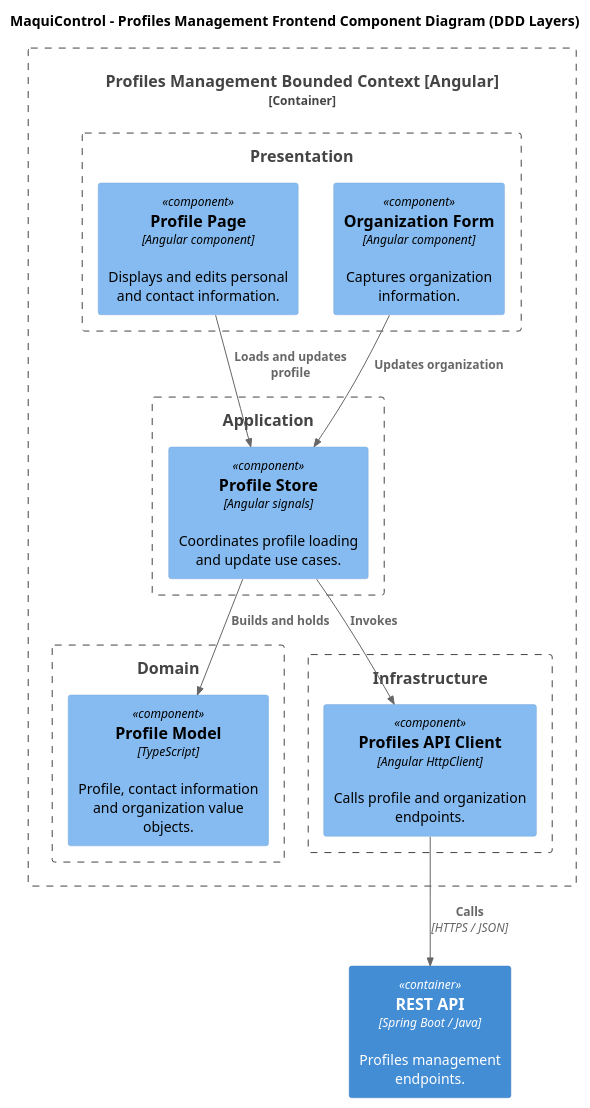
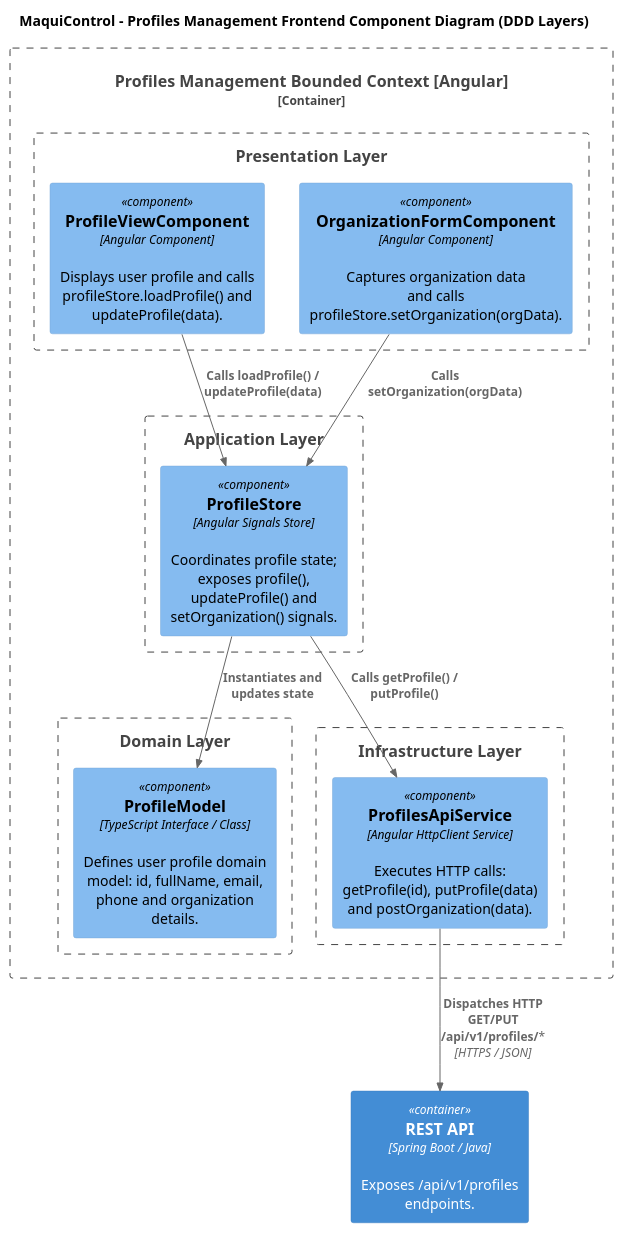
The diagram in docs/architecture/components/profiles-frontend-components.puml (AndesHeavyTech/MaquiControl), drawn with PlantUML before and after one commit. The commit also changed 31 other files, not shown here.

Commit message:
docs(diagrams): update component descriptions and API endpoint details across multiple diagrams

```diff
--- a/docs/architecture/components/profiles-frontend-components.puml
+++ b/docs/architecture/components/profiles-frontend-components.puml
@@ -1,30 +1,30 @@
 @startuml
 !include <C4/C4_Component>
 
 title MaquiControl - Profiles Management Frontend Component Diagram (DDD Layers)
 
 Container_Boundary(profiles, "Profiles Management Bounded Context [Angular]") {
-    Boundary(presentation, "Presentation") {
-        Component(profilePage, "Profile Page", "Angular component", "Displays and edits personal and contact information.")
-        Component(organizationForm, "Organization Form", "Angular component", "Captures organization information.")
+    Boundary(presentation, "Presentation Layer") {
+        Component(profileViewComponent, "ProfileViewComponent", "Angular Component", "Displays user profile and calls profileStore.loadProfile() and updateProfile(data).")
+        Component(organizationFormComponent, "OrganizationFormComponent", "Angular Component", "Captures organization data and calls profileStore.setOrganization(orgData).")
     }
-    Boundary(application, "Application") {
-        Component(profileStore, "Profile Store", "Angular signals", "Coordinates profile loading and update use cases.")
+    Boundary(application, "Application Layer") {
+        Component(profileStore, "ProfileStore", "Angular Signals Store", "Coordinates profile state; exposes profile(), updateProfile() and setOrganization() signals.")
     }
-    Boundary(domain, "Domain") {
-        Component(profileModel, "Profile Model", "TypeScript", "Profile, contact information and organization value objects.")
+    Boundary(domain, "Domain Layer") {
+        Component(profileModel, "ProfileModel", "TypeScript Interface / Class", "Defines user profile domain model: id, fullName, email, phone and organization details.")
     }
-    Boundary(infrastructure, "Infrastructure") {
-        Component(profileApi, "Profiles API Client", "Angular HttpClient", "Calls profile and organization endpoints.")
+    Boundary(infrastructure, "Infrastructure Layer") {
+        Component(profilesApiService, "ProfilesApiService", "Angular HttpClient Service", "Executes HTTP calls: getProfile(id), putProfile(data) and postOrganization(data).")
     }
 }
 
-Container(api, "REST API", "Spring Boot / Java", "Profiles management endpoints.")
+Container(api, "REST API", "Spring Boot / Java", "Exposes /api/v1/profiles endpoints.")
 
-Rel(profilePage, profileStore, "Loads and updates profile")
-Rel(organizationForm, profileStore, "Updates organization")
-Rel(profileStore, profileModel, "Builds and holds")
-Rel(profileStore, profileApi, "Invokes")
-Rel(profileApi, api, "Calls", "HTTPS / JSON")
+Rel(profileViewComponent, profileStore, "Calls loadProfile() / updateProfile(data)")
+Rel(organizationFormComponent, profileStore, "Calls setOrganization(orgData)")
+Rel(profileStore, profileModel, "Instantiates and updates state")
+Rel(profileStore, profilesApiService, "Calls getProfile() / putProfile()")
+Rel(profilesApiService, api, "Dispatches HTTP GET/PUT /api/v1/profiles/*", "HTTPS / JSON")
 
 @enduml
```
